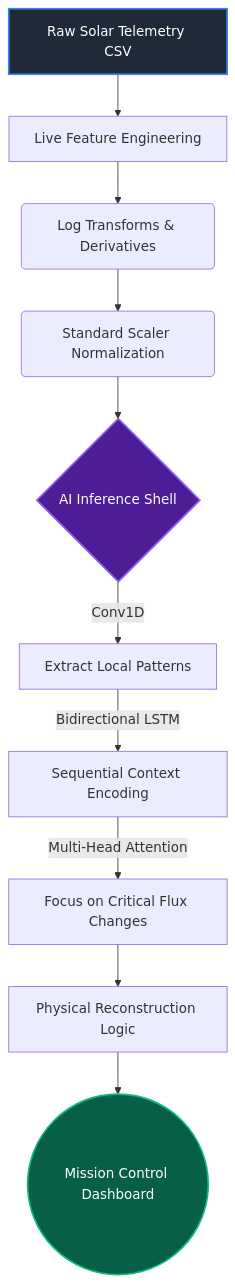
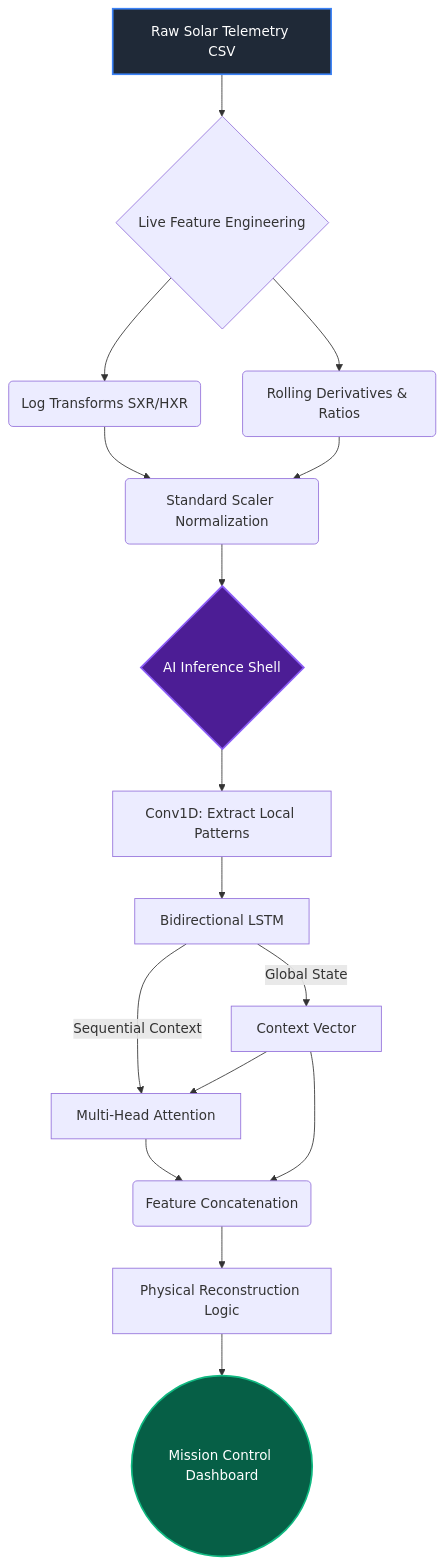
The diagram in README.md (MayukhX-ux/Aditya-Astra), drawn with Mermaid before and after one commit. The commit also changed other lines of this file, not shown here.

````diff
--- a/README.md
+++ b/README.md
@@ -23,18 +23,28 @@
 ```mermaid
 graph TD
-    A[Raw Solar Telemetry CSV] --> B[Live Feature Engineering]
-    B --> C(Log Transforms & Derivatives)
-    C --> D(Standard Scaler Normalization)
+    A[Raw Solar Telemetry CSV] --> B{Live Feature Engineering}
+    
+    B --> C1(Log Transforms SXR/HXR)
+    B --> C2(Rolling Derivatives & Ratios)
+    
+    C1 --> D(Standard Scaler Normalization)
+    C2 --> D
     
     D --> E{AI Inference Shell}
-    E -->|Conv1D| F[Extract Local Patterns]
-    F -->|Bidirectional LSTM| G[Sequential Context Encoding]
-    G -->|Multi-Head Attention| H[Focus on Critical Flux Changes]
+    E --> F[Conv1D: Extract Local Patterns]
+    F --> G[Bidirectional LSTM]
     
-    H --> I[Physical Reconstruction Logic]
-    I --> J((Mission Control Dashboard))
+    G -->|Sequential Context| H[Multi-Head Attention]
+    G -->|Global State| I[Context Vector]
+    
+    I --> H
+    H --> J(Feature Concatenation)
+    I --> J
+    
+    J --> K[Physical Reconstruction Logic]
+    K --> L((Mission Control Dashboard))
     
     style A fill:#1f2937,stroke:#3b82f6,stroke-width:2px,color:#fff
-    style J fill:#065f46,stroke:#10b981,stroke-width:2px,color:#fff
+    style L fill:#065f46,stroke:#10b981,stroke-width:2px,color:#fff
     style E fill:#4c1d95,stroke:#8b5cf6,stroke-width:2px,color:#fff
 ```
````
